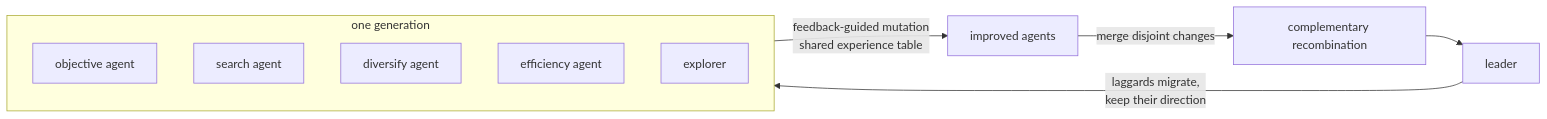
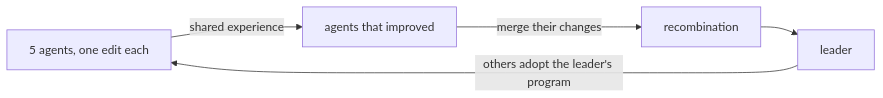
The third of 4 diagrams in README.md (nitishsjsucs/rsi-research-studio-assignment-5), drawn with Mermaid before and after one commit. The commit also changed other lines of this file, not shown here.

First line of the commit message:
README: shorter paragraphs, headline table up front, readable bug log

````diff
--- a/README.md
+++ b/README.md
@@ -132,9 +190,7 @@
 ```mermaid
 flowchart LR
-    subgraph G[one generation]
-      O[objective agent] & S[search agent] & D[diversify agent] & F[efficiency agent] & X[explorer]
-    end
-    G -->|feedback-guided mutation<br/>shared experience table| I[improved agents]
-    I -->|merge disjoint changes| R[complementary recombination]
-    R --> W[leader] -->|laggards migrate,<br/>keep their direction| G
+    G[5 agents, one edit each] -->|shared experience| I[agents that improved]
+    I -->|merge their changes| R[recombination]
+    R --> W[leader]
+    W -->|others adopt the leader's program| G
 ```
````
